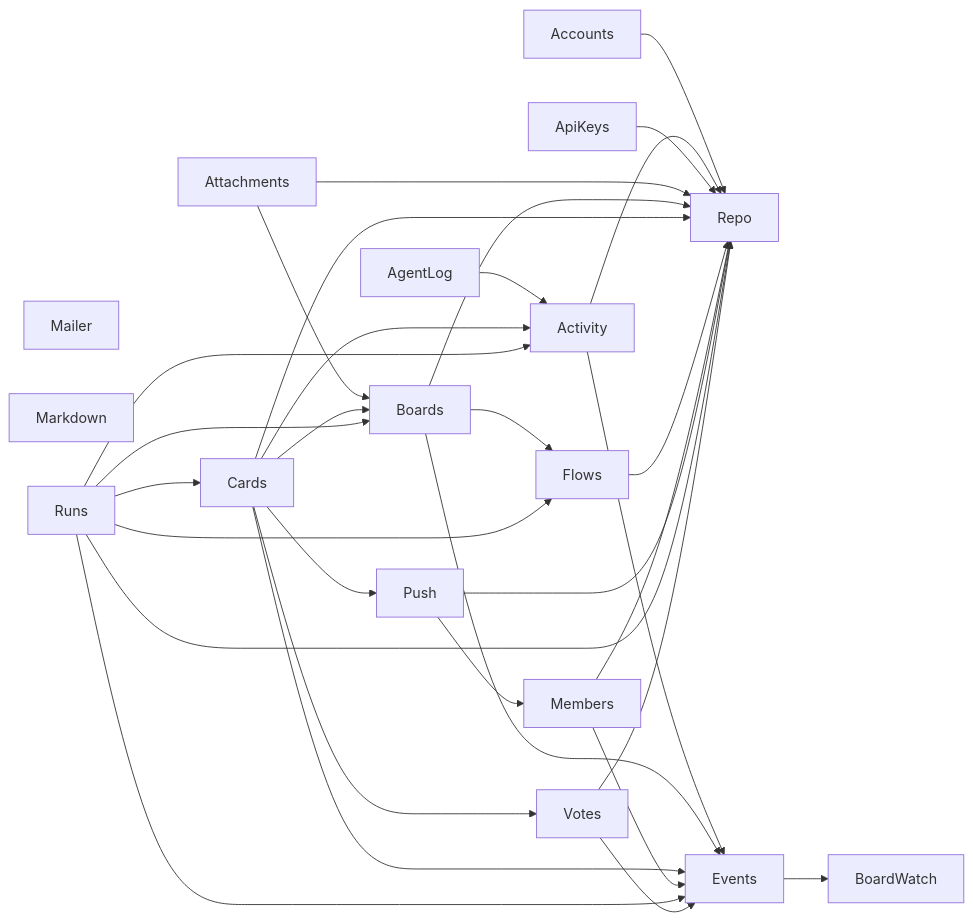
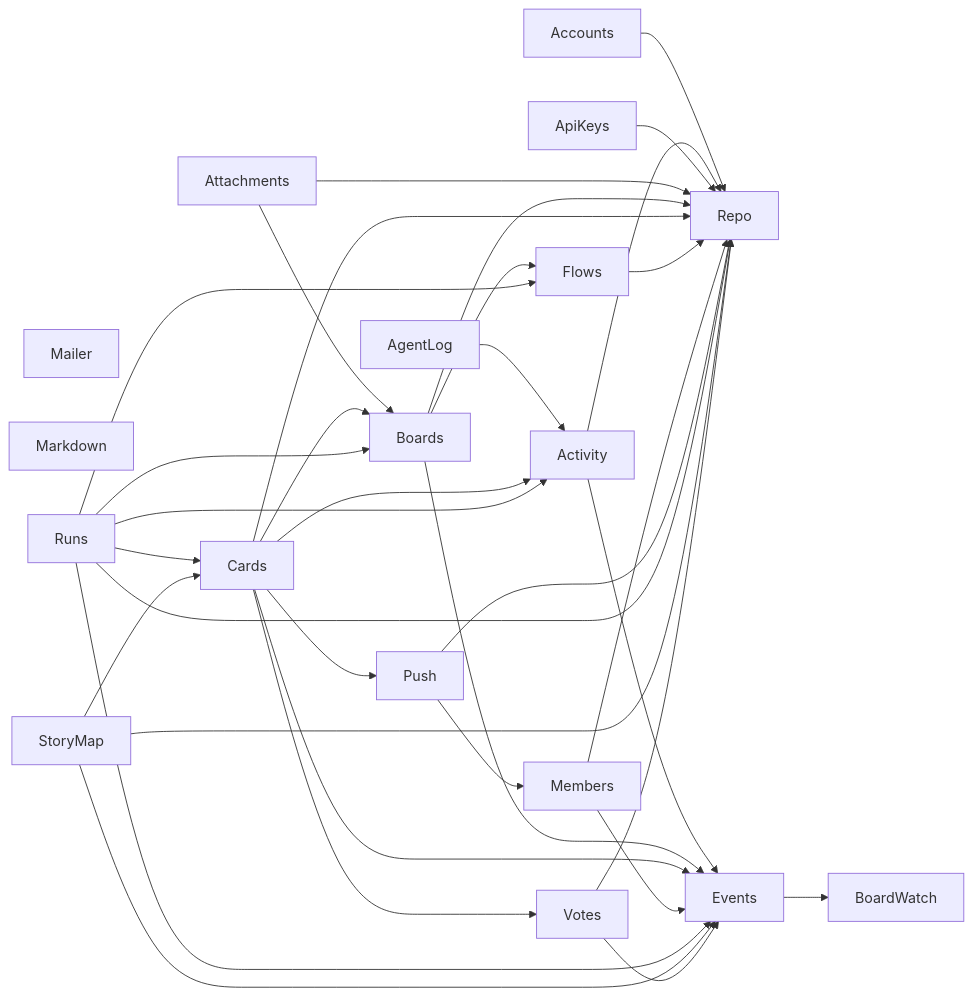
The second of 2 diagrams in docs/architecture/deps.md (jeremylightsmith/relay), drawn with Mermaid before and after one commit. The commit also changed 23 other files, not shown here.

First line of the commit message:
re 265 story map 1 the data model activities ta (#203)

````diff
--- a/docs/architecture/deps.md
+++ b/docs/architecture/deps.md
@@ -28,35 +28,38 @@
 ```mermaid
 flowchart LR
     Mailer
     Markdown
     Accounts --> Repo
     Activity --> Events
     Activity --> Repo
     AgentLog --> Activity
     ApiKeys --> Repo
     Attachments --> Boards
     Attachments --> Repo
     Boards --> Events
     Boards --> Flows
     Boards --> Repo
     Cards --> Activity
     Cards --> Boards
     Cards --> Events
     Cards --> Push
     Cards --> Repo
     Cards --> Votes
     Events --> BoardWatch
     Flows --> Repo
     Members --> Events
     Members --> Repo
     Push --> Members
     Push --> Repo
     Runs --> Activity
     Runs --> Boards
     Runs --> Cards
     Runs --> Events
     Runs --> Flows
     Runs --> Repo
+    StoryMap --> Cards
+    StoryMap --> Events
+    StoryMap --> Repo
     Votes --> Events
     Votes --> Repo
 ```
````
